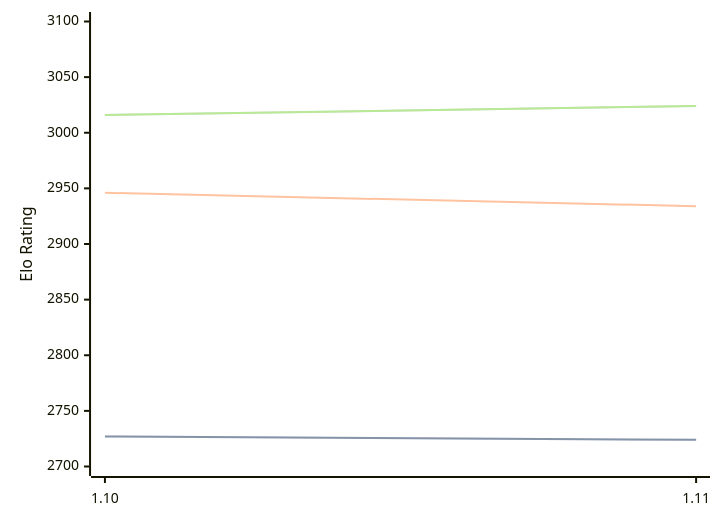
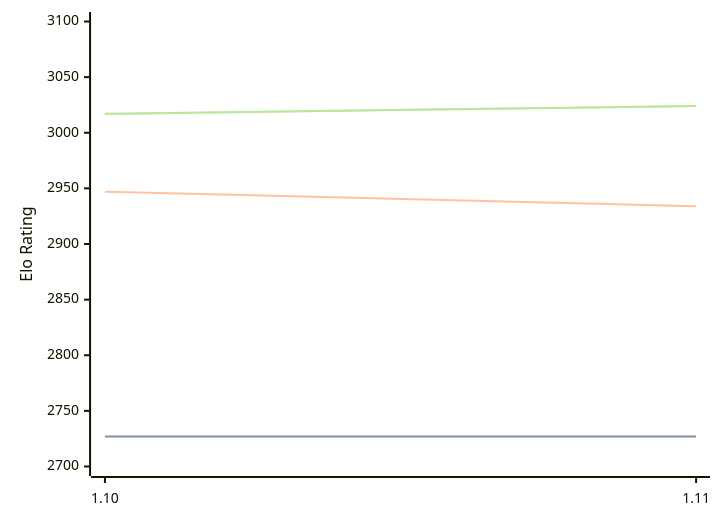
The diagram in engines/Roc.md (computer-chess-index/cci), drawn with Mermaid before and after one commit. The commit also changed other lines of this file, not shown here.

Commit message:
Update CCI Ratings (ELO VLTC) - 2026-08-17

````diff
--- a/engines/Roc.md
+++ b/engines/Roc.md
@@ -42,11 +42,11 @@
 ```mermaid
 %%{init: {"theme":"base","themeVariables":{"seriesColors:['#a3a3a3','#222221','#faa371']}}}%%
 xychart-beta
   x-axis ["1.10", "1.11"]
   y-axis "Elo Rating" 2700 --> 3100
-  line "STC (8.0+0.08s)" [2727, 2724]
-  line "STC (8.0+0.08s)" [2727, 2724]
-  line "LTC (60.0+0.60s)" [2946, 2934]
-  line "VLTC (2m24s+1.12s)" [3016, 3024]
-  line "VLTC (2m24s+1.12s)" [3016, 3024]
+  line "STC (8.0+0.08s)" [2727, 2727]
+  line "STC (8.0+0.08s)" [2727, 2727]
+  line "LTC (60.0+0.60s)" [2947, 2934]
+  line "VLTC (2m24s+1.12s)" [3017, 3024]
+  line "VLTC (2m24s+1.12s)" [3017, 3024]
 ```
````
